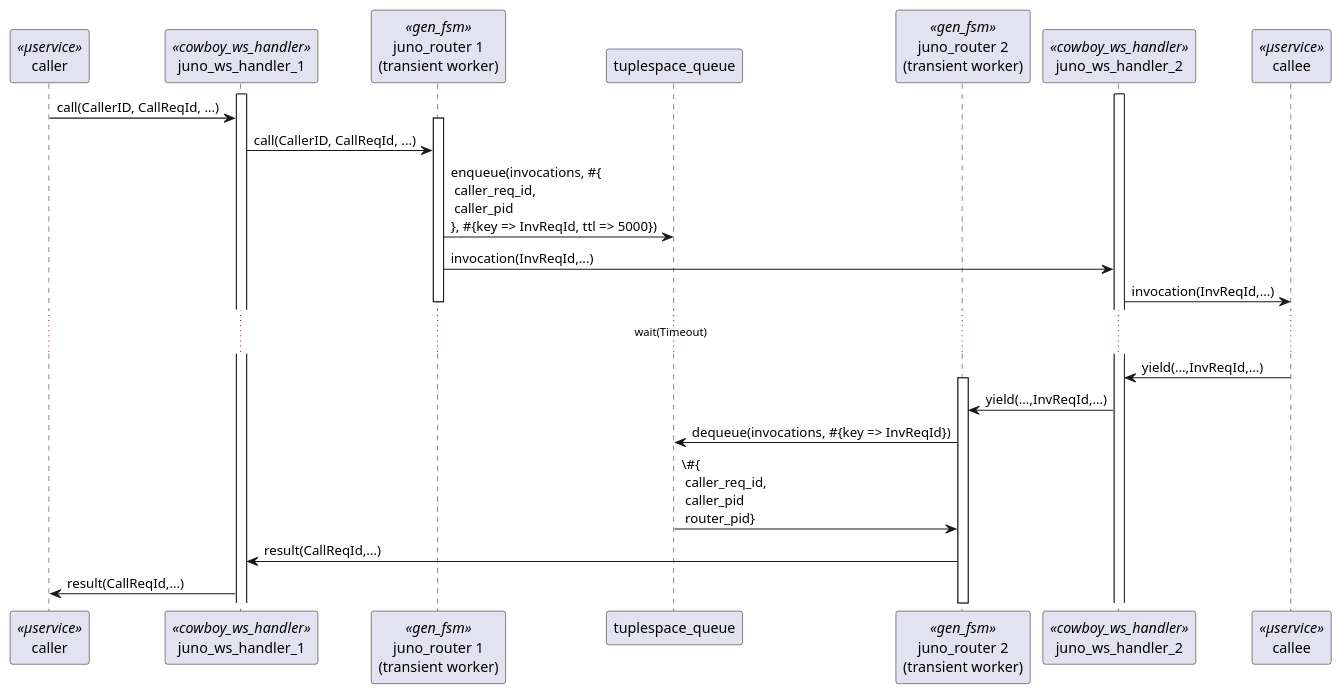
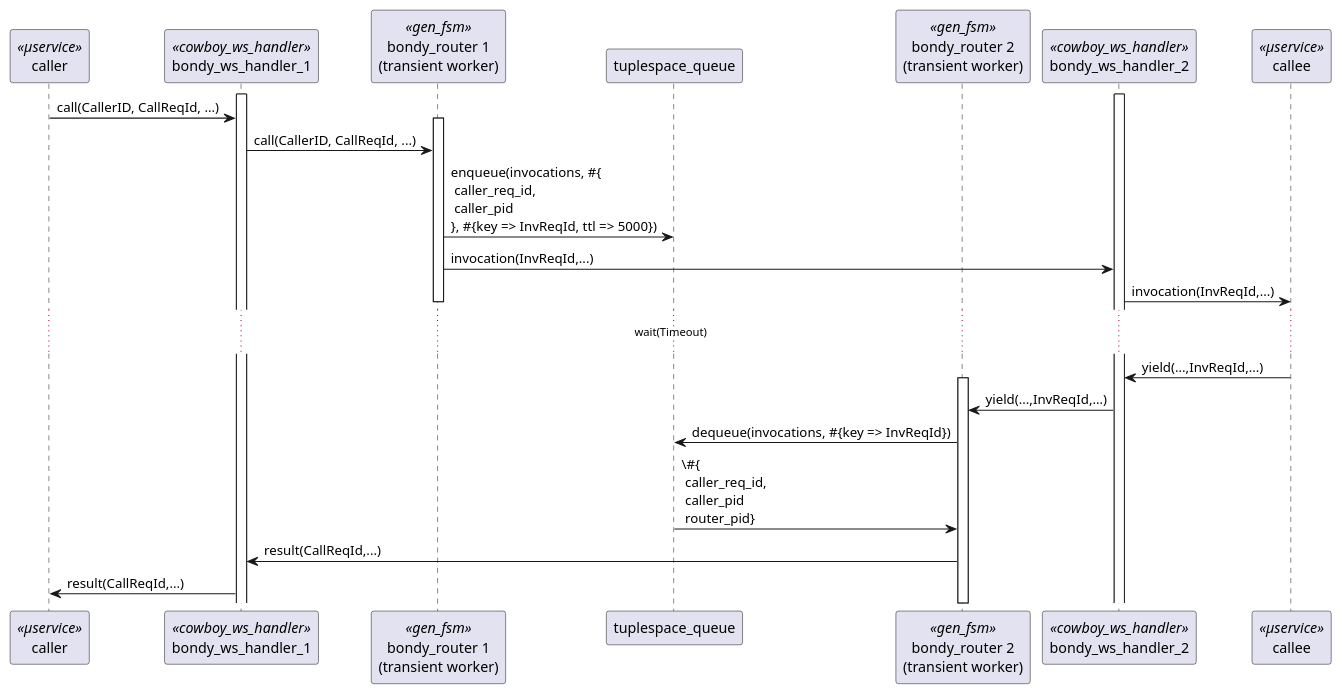
The diagram in docs/rpc_fsm.puml (bondy-io/bondy), drawn with PlantUML before and after one commit. The commit also changed 60 other files, not shown here.

```diff
--- a/docs/rpc_fsm.puml
+++ b/docs/rpc_fsm.puml
@@ -1,30 +1,30 @@
 @startuml
 
 participant caller <<µservice>>
-participant juno_ws_handler_1 <<cowboy_ws_handler>>
-participant "juno_router 1\n(transient worker)" as juno_router <<gen_fsm>>
+participant bondy_ws_handler_1 <<cowboy_ws_handler>>
+participant "bondy_router 1\n(transient worker)" as bondy_router <<gen_fsm>>
 participant tuplespace_queue
-participant "juno_router 2\n(transient worker)" as juno_router_2 <<gen_fsm>>
-participant juno_ws_handler_2 <<cowboy_ws_handler>>
+participant "bondy_router 2\n(transient worker)" as bondy_router_2 <<gen_fsm>>
+participant bondy_ws_handler_2 <<cowboy_ws_handler>>
 participant callee <<µservice>>
 
-activate juno_ws_handler_1
-activate juno_ws_handler_2
-caller -> juno_ws_handler_1: call(CallerID, CallReqId, ...)
-activate juno_router
-juno_ws_handler_1 -> juno_router: call(CallerID, CallReqId, ...)
-juno_router -> tuplespace_queue: enqueue(invocations, #{\n caller_req_id, \n caller_pid\n}, #{key => InvReqId, ttl => 5000})
-juno_router -> juno_ws_handler_2: invocation(InvReqId,...)
-juno_ws_handler_2 -> callee: invocation(InvReqId,...)
-deactivate juno_router
+activate bondy_ws_handler_1
+activate bondy_ws_handler_2
+caller -> bondy_ws_handler_1: call(CallerID, CallReqId, ...)
+activate bondy_router
+bondy_ws_handler_1 -> bondy_router: call(CallerID, CallReqId, ...)
+bondy_router -> tuplespace_queue: enqueue(invocations, #{\n caller_req_id, \n caller_pid\n}, #{key => InvReqId, ttl => 5000})
+bondy_router -> bondy_ws_handler_2: invocation(InvReqId,...)
+bondy_ws_handler_2 -> callee: invocation(InvReqId,...)
+deactivate bondy_router
 ...wait(Timeout)...
-callee -> juno_ws_handler_2: yield(...,InvReqId,...)
-activate juno_router_2
-juno_ws_handler_2 -> juno_router_2: yield(...,InvReqId,...)
-juno_router_2 -> tuplespace_queue: dequeue(invocations, #{key => InvReqId})
-tuplespace_queue -> juno_router_2: \#{\n caller_req_id, \n caller_pid\n router_pid}
+callee -> bondy_ws_handler_2: yield(...,InvReqId,...)
+activate bondy_router_2
+bondy_ws_handler_2 -> bondy_router_2: yield(...,InvReqId,...)
+bondy_router_2 -> tuplespace_queue: dequeue(invocations, #{key => InvReqId})
+tuplespace_queue -> bondy_router_2: \#{\n caller_req_id, \n caller_pid\n router_pid}
 
-juno_router_2 -> juno_ws_handler_1: result(CallReqId,...)
-juno_ws_handler_1 -> caller: result(CallReqId,...)
-deactivate juno_router
+bondy_router_2 -> bondy_ws_handler_1: result(CallReqId,...)
+bondy_ws_handler_1 -> caller: result(CallReqId,...)
+deactivate bondy_router
 @enduml
```
